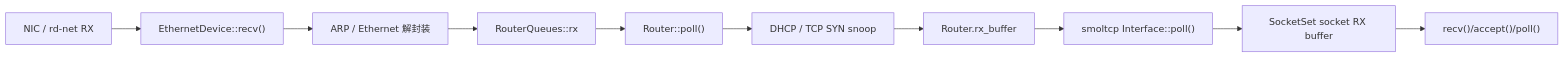
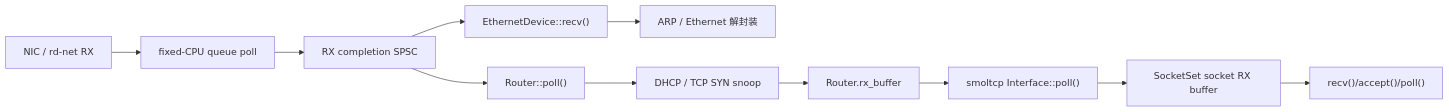
The second of 3 diagrams in docs/docs/architecture/net/architecture.md (451846939/tgoskits), drawn with Mermaid before and after one commit. The commit also changed other lines of this file and 99 other files, not shown here.

First line of the commit message:
refactor(ax-net): add queue-level NAPI runtime (#2178)

````diff
--- a/docs/docs/architecture/net/architecture.md
+++ b/docs/docs/architecture/net/architecture.md
@@ -231,12 +233,13 @@
 ```mermaid
 flowchart LR
-    Hw["NIC / rd-net RX"] --> Eth["EthernetDevice::recv()"]
+    Hw["NIC / rd-net RX"] --> Queue["fixed-CPU queue poll"]
+    Queue --> RxQ["RX completion SPSC"]
+    RxQ --> Eth["EthernetDevice::recv()"]
     Eth --> Arp["ARP / Ethernet 解封装"]
-    Arp --> RxQ["RouterQueues::rx"]
     RxQ --> RouterPoll["Router::poll()"]
     RouterPoll --> Snoop["DHCP / TCP SYN snoop"]
     Snoop --> RxBuf["Router.rx_buffer"]
     RxBuf --> Smol["smoltcp Interface::poll()"]
     Smol --> Sock["SocketSet socket RX buffer"]
     Sock --> App["recv()/accept()/poll()"]
 ```
````
